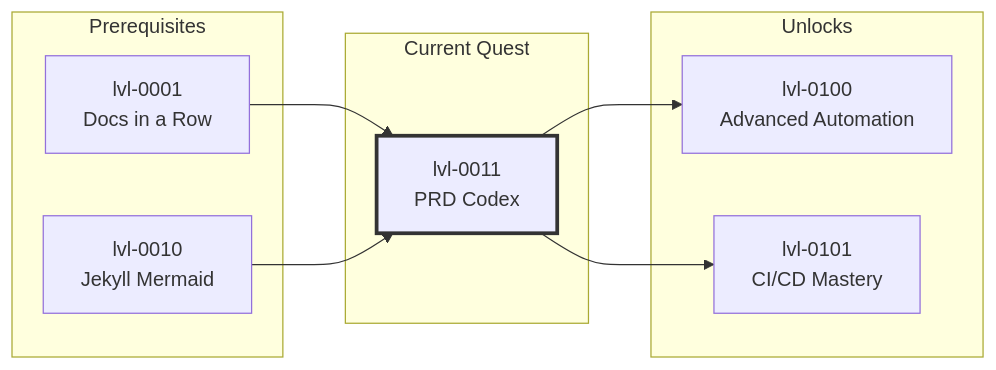
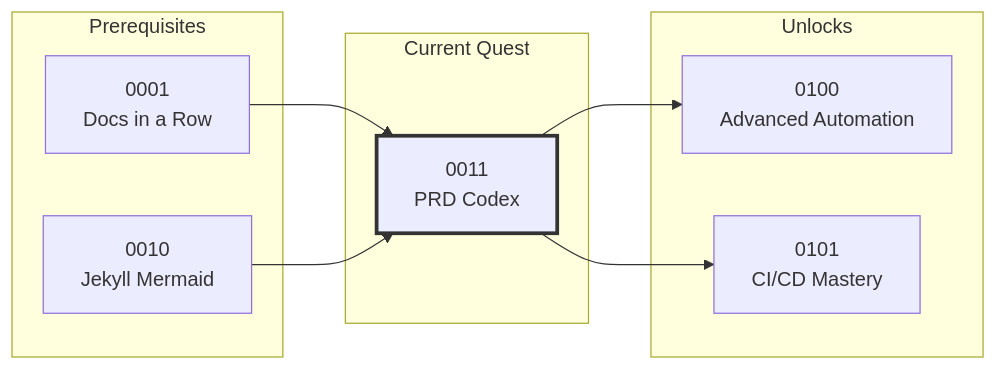
The second of 3 diagrams in pages/_quests/2025-11-29-prd-codex-mastering-product-reality-distillation.md (bamr87/it-journey), drawn with Mermaid before and after one commit. The commit also changed other lines of this file and 180 other files, not shown here.

````diff
--- a/pages/_quests/2025-11-29-prd-codex-mastering-product-reality-distillation.md
+++ b/pages/_quests/2025-11-29-prd-codex-mastering-product-reality-distillation.md
@@ -629,23 +629,23 @@
 ```mermaid
 flowchart LR
     subgraph "Prerequisites"
-        A[lvl-0001<br>Docs in a Row]
-        B[lvl-0010<br>Jekyll Mermaid]
+        A[0001<br>Docs in a Row]
+        B[0010<br>Jekyll Mermaid]
     end
     
     subgraph "Current Quest"
-        C[lvl-0011<br>PRD Codex]
+        C[0011<br>PRD Codex]
     end
     
     subgraph "Unlocks"
-        D[lvl-0100<br>Advanced Automation]
-        E[lvl-0101<br>CI/CD Mastery]
+        D[0100<br>Advanced Automation]
+        E[0101<br>CI/CD Mastery]
     end
     
     A --> C
     B --> C
     C --> D
     C --> E
     
     style C fill:#gold,stroke:#333,stroke-width:3px
 ```
````
